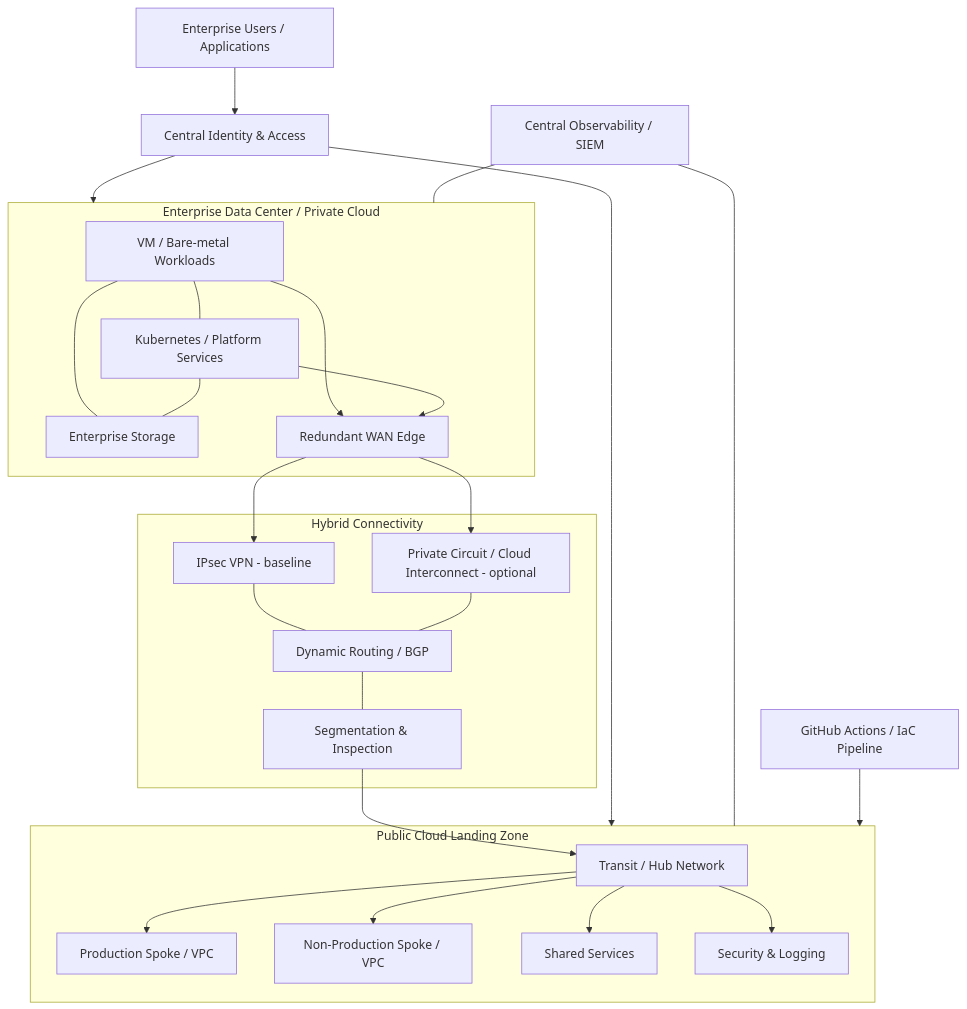
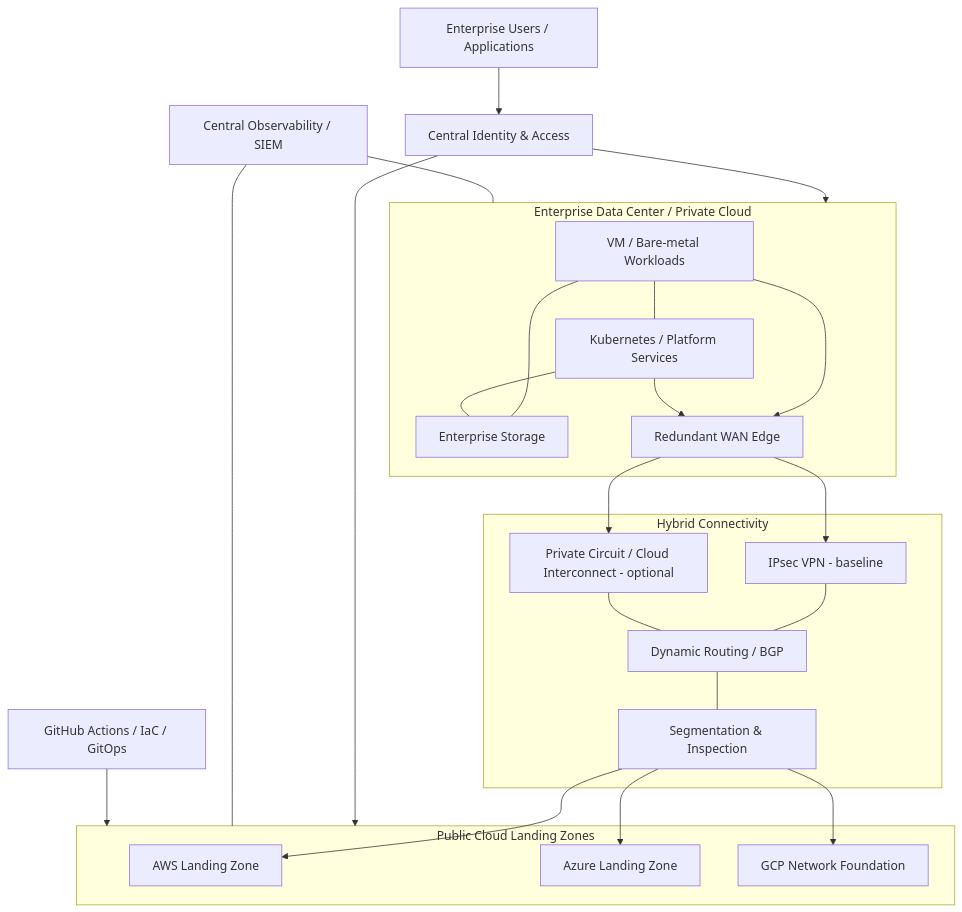
One commit to DeeSanas/hybrid-cloud-reference-architecture changed the diagram in README.md. Above: the diagram before and after it, drawn with Mermaid. The commit also changed other lines of this file, not shown here.

Commit message:
Expand hybrid cloud portfolio with AWS Azure GCP and GitOps projects

````diff
--- a/README.md
+++ b/README.md
@@ -25,47 +25,43 @@
 ```mermaid
 flowchart TB
     U[Enterprise Users / Applications] --> ID[Central Identity & Access]
     ID --> ONPREM
     ID --> CLOUD
 
     subgraph ONPREM[Enterprise Data Center / Private Cloud]
       APP1[VM / Bare-metal Workloads]
       K8S1[Kubernetes / Platform Services]
       STG[Enterprise Storage]
       EDGE1[Redundant WAN Edge]
       APP1 --- K8S1
       APP1 --- STG
       K8S1 --- STG
       APP1 --> EDGE1
       K8S1 --> EDGE1
     end
 
     subgraph TRANSIT[Hybrid Connectivity]
       VPN[IPsec VPN - baseline]
       DX[Private Circuit / Cloud Interconnect - optional]
       BGP[Dynamic Routing / BGP]
       FW[Segmentation & Inspection]
       VPN --- BGP
       DX --- BGP
       BGP --- FW
     end
 
-    subgraph CLOUD[Public Cloud Landing Zone]
-      HUB[Transit / Hub Network]
-      PROD[Production Spoke / VPC]
-      NONPROD[Non-Production Spoke / VPC]
-      SHARED[Shared Services]
-      SEC[Security & Logging]
-      HUB --> PROD
-      HUB --> NONPROD
-      HUB --> SHARED
-      HUB --> SEC
+    subgraph CLOUD[Public Cloud Landing Zones]
+      AWS[AWS Landing Zone]
+      AZ[Azure Landing Zone]
+      GCP[GCP Network Foundation]
     end
 
     EDGE1 --> VPN
     EDGE1 --> DX
-    FW --> HUB
+    FW --> AWS
+    FW --> AZ
+    FW --> GCP
     OBS[Central Observability / SIEM] --- ONPREM
     OBS --- CLOUD
-    CICD[GitHub Actions / IaC Pipeline] --> CLOUD
+    CICD[GitHub Actions / IaC / GitOps] --> CLOUD
 ```
````
